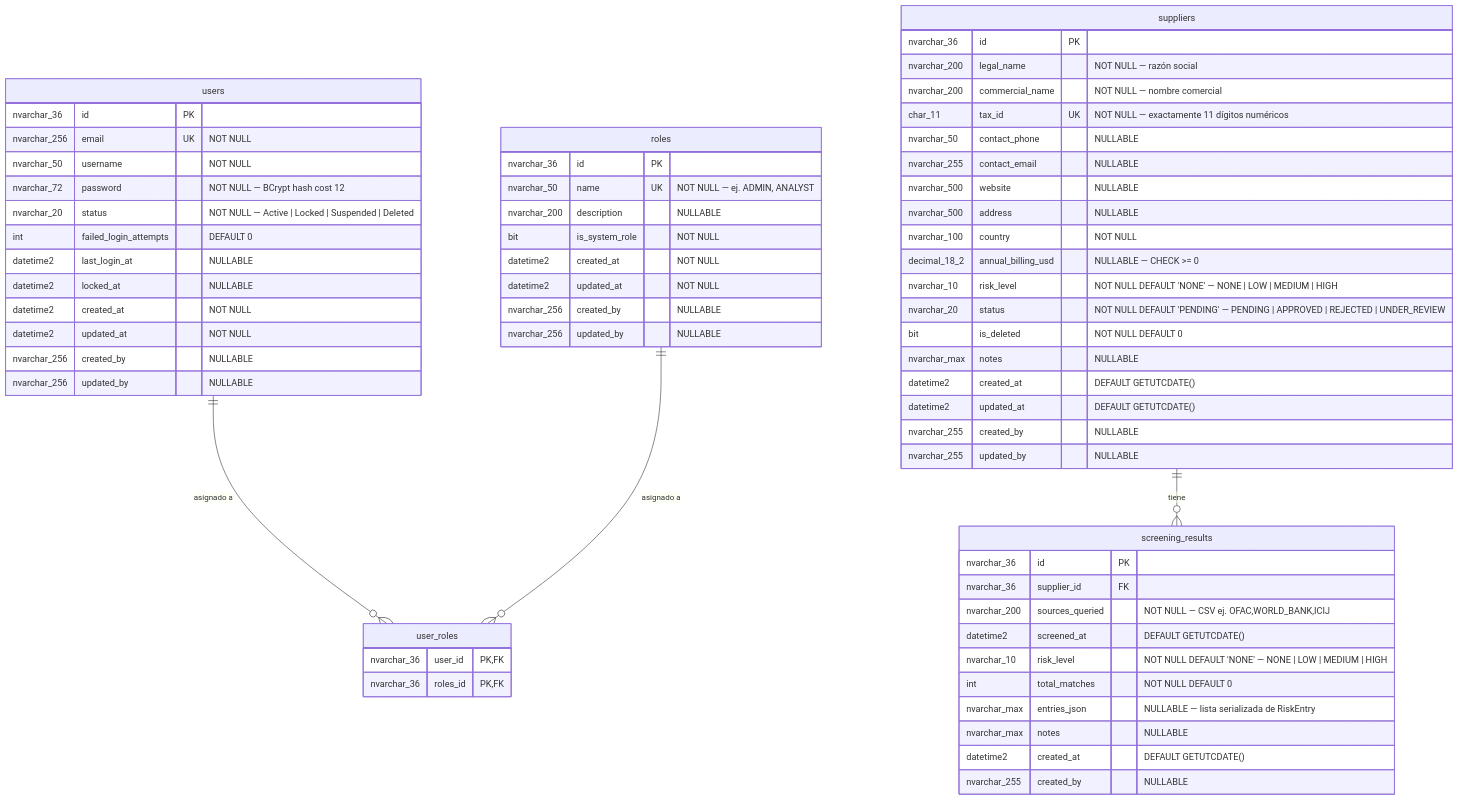
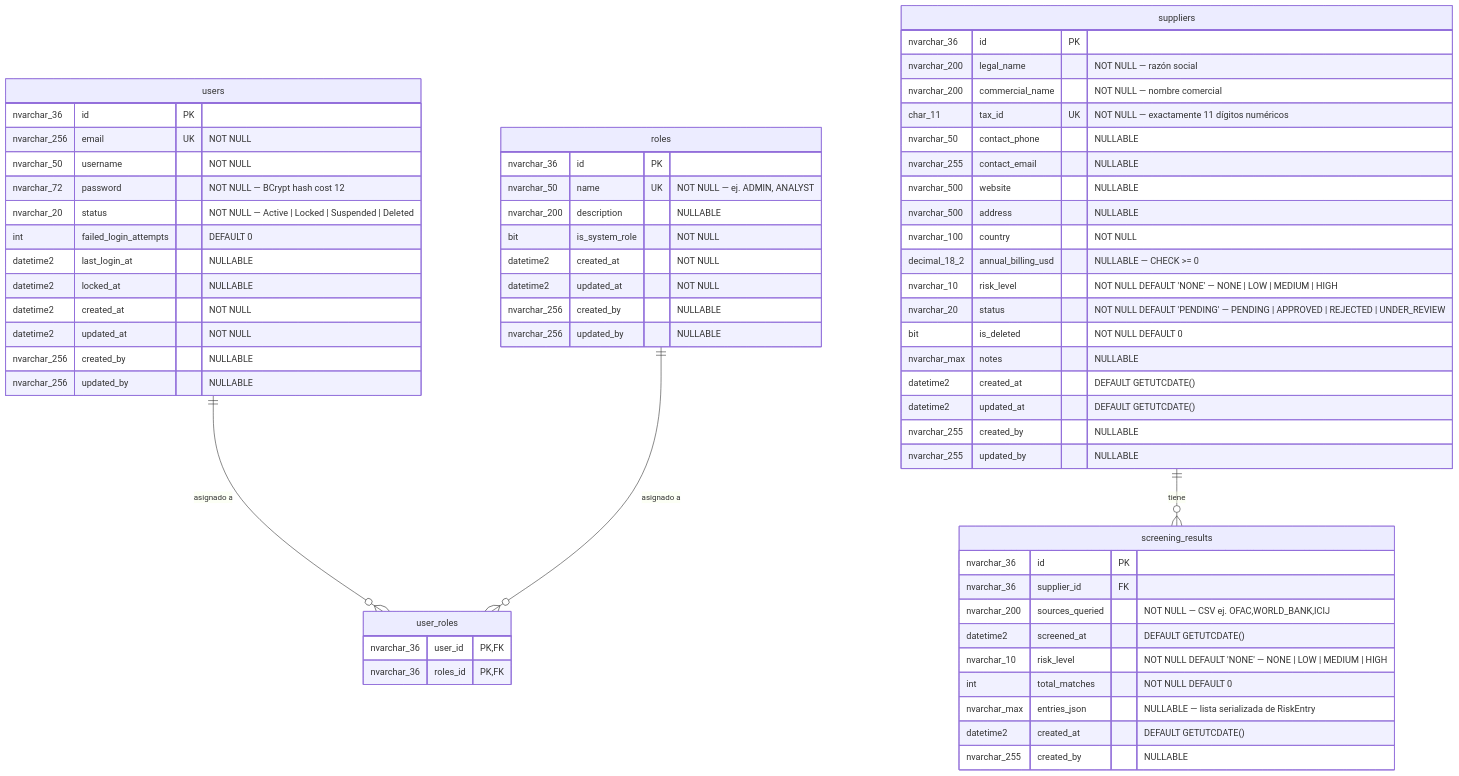
One commit to compliance-hub-jmyr/risk-screening-api changed the diagram in docs/architecture/database-schema.es.md. Above: the diagram before and after it, drawn with Mermaid. The commit also changed other lines of this file and 5 other files, not shown here.

First line of the commit message:
refactor(Suppliers): remove `Notes` field from domain, schema, and documentation

````diff
--- a/docs/architecture/database-schema.es.md
+++ b/docs/architecture/database-schema.es.md
@@ -12,71 +12,70 @@
 ```mermaid
 erDiagram
     roles {
         nvarchar_36  id PK
         nvarchar_50  name UK "NOT NULL — ej. ADMIN, ANALYST"
         nvarchar_200 description "NULLABLE"
         bit          is_system_role "NOT NULL"
         datetime2    created_at "NOT NULL"
         datetime2    updated_at "NOT NULL"
         nvarchar_256 created_by "NULLABLE"
         nvarchar_256 updated_by "NULLABLE"
     }
 
     users {
         nvarchar_36  id PK
         nvarchar_256 email UK "NOT NULL"
         nvarchar_50  username "NOT NULL"
         nvarchar_72  password "NOT NULL — BCrypt hash cost 12"
         nvarchar_20  status "NOT NULL — Active | Locked | Suspended | Deleted"
         int          failed_login_attempts "DEFAULT 0"
         datetime2    last_login_at "NULLABLE"
         datetime2    locked_at "NULLABLE"
         datetime2    created_at "NOT NULL"
         datetime2    updated_at "NOT NULL"
         nvarchar_256 created_by "NULLABLE"
         nvarchar_256 updated_by "NULLABLE"
     }
 
     user_roles {
         nvarchar_36 user_id PK,FK
         nvarchar_36 roles_id PK,FK
     }
 
     suppliers {
         nvarchar_36   id PK
         nvarchar_200  legal_name "NOT NULL — razón social"
         nvarchar_200  commercial_name "NOT NULL — nombre comercial"
         char_11       tax_id UK "NOT NULL — exactamente 11 dígitos numéricos"
         nvarchar_50   contact_phone "NULLABLE"
         nvarchar_255  contact_email "NULLABLE"
         nvarchar_500  website "NULLABLE"
         nvarchar_500  address "NULLABLE"
         nvarchar_100  country "NOT NULL"
         decimal_18_2  annual_billing_usd "NULLABLE — CHECK >= 0"
         nvarchar_10   risk_level "NOT NULL DEFAULT 'NONE' — NONE | LOW | MEDIUM | HIGH"
         nvarchar_20   status "NOT NULL DEFAULT 'PENDING' — PENDING | APPROVED | REJECTED | UNDER_REVIEW"
         bit           is_deleted "NOT NULL DEFAULT 0"
         nvarchar_max  notes "NULLABLE"
         datetime2     created_at "DEFAULT GETUTCDATE()"
         datetime2     updated_at "DEFAULT GETUTCDATE()"
         nvarchar_255  created_by "NULLABLE"
         nvarchar_255  updated_by "NULLABLE"
     }
 
     screening_results {
         nvarchar_36  id PK
         nvarchar_36  supplier_id FK
         nvarchar_200 sources_queried "NOT NULL — CSV ej. OFAC,WORLD_BANK,ICIJ"
         datetime2    screened_at "DEFAULT GETUTCDATE()"
         nvarchar_10  risk_level "NOT NULL DEFAULT 'NONE' — NONE | LOW | MEDIUM | HIGH"
         int          total_matches "NOT NULL DEFAULT 0"
         nvarchar_max entries_json "NULLABLE — lista serializada de RiskEntry"
-        nvarchar_max notes "NULLABLE"
         datetime2    created_at "DEFAULT GETUTCDATE()"
         nvarchar_255 created_by "NULLABLE"
     }
 
     users         ||--o{ user_roles        : "asignado a"
     roles         ||--o{ user_roles        : "asignado a"
     suppliers     ||--o{ screening_results : "tiene"
 ```
````
